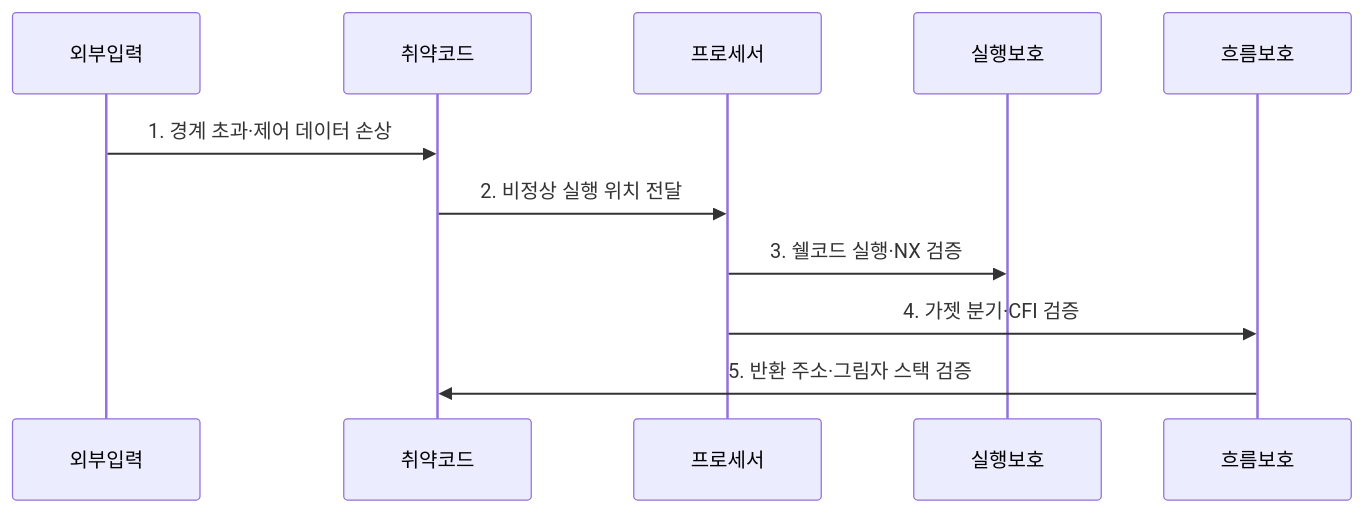
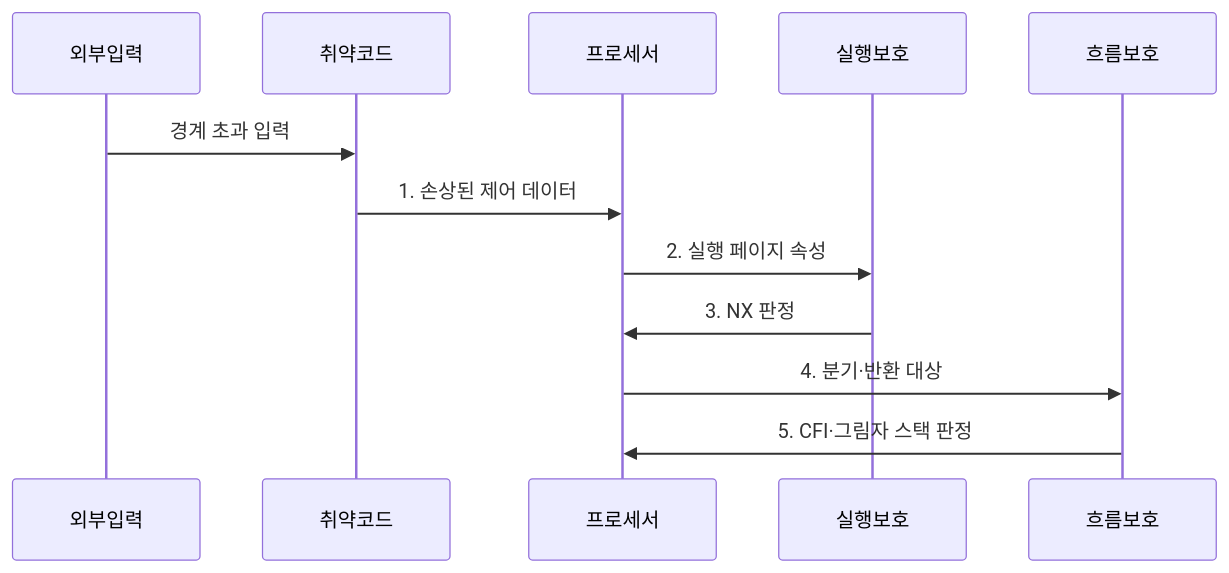
One commit to agnusdei1207/knowledge-base changed the second of 2 diagrams in src/content/docs/notes/05-security/050_shellcode_rop.md. Above: the diagram before and after it, drawn with Mermaid. The commit also changed other lines of this file and 20 other files, not shown here.

````diff
--- a/src/content/docs/notes/05-security/050_shellcode_rop.md
+++ b/src/content/docs/notes/05-security/050_shellcode_rop.md
@@ -86,13 +86,14 @@
 ```mermaid
 sequenceDiagram
     participant 외부입력
     participant 취약코드
     participant 프로세서
     participant 실행보호
     participant 흐름보호
-    외부입력->>취약코드: 1. 경계 초과·제어 데이터 손상
-    취약코드->>프로세서: 2. 비정상 실행 위치 전달
-    프로세서->>실행보호: 3. 쉘코드 실행·NX 검증
-    프로세서->>흐름보호: 4. 가젯 분기·CFI 검증
-    흐름보호->>취약코드: 5. 반환 주소·그림자 스택 검증
+    외부입력->>취약코드: 경계 초과 입력
+    취약코드->>프로세서: 1. 손상된 제어 데이터
+    프로세서->>실행보호: 2. 실행 페이지 속성
+    실행보호->>프로세서: 3. NX 판정
+    프로세서->>흐름보호: 4. 분기·반환 대상
+    흐름보호->>프로세서: 5. CFI·그림자 스택 판정
 ```
````
